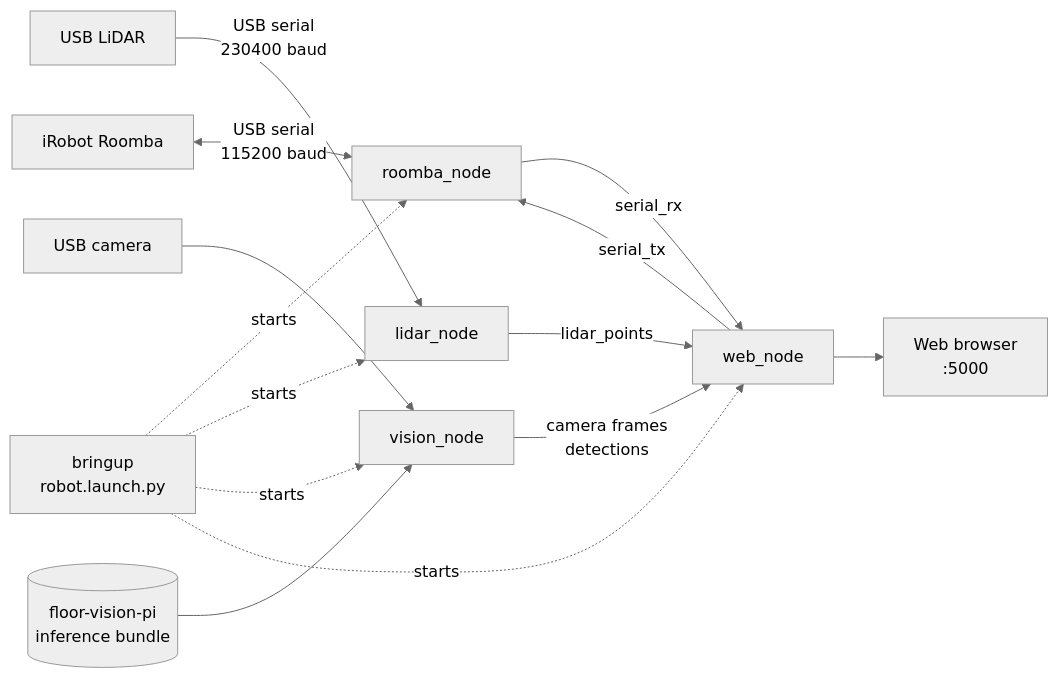
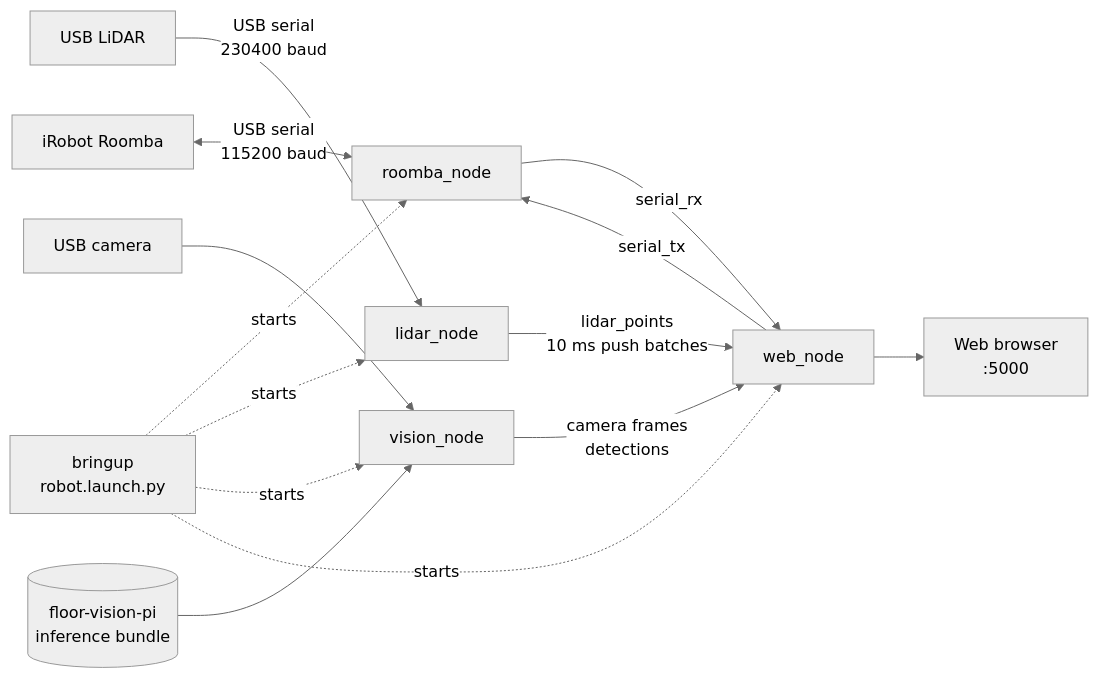
Before and after one commit to Ericdmch/NeuraVac: the diagram in README.md, drawn with Mermaid (neutral theme). The commit also changed other lines of this file and 4 other files, not shown here.

````diff
--- a/README.md
+++ b/README.md
@@ -23,17 +25,17 @@
 ```mermaid
 flowchart LR
     Roomba[ iRobot Roomba ] <-->|USB serial<br/>115200 baud| R[roomba_node]
     Lidar[USB LiDAR] -->|USB serial<br/>230400 baud| L[lidar_node]
     Camera[USB camera] --> V[vision_node]
     Bundle[(floor-vision-pi<br/>inference bundle)] --> V
 
     R -->|serial_rx| W[web_node]
     W -->|serial_tx| R
-    L -->|lidar_points| W
+    L -->|lidar_points<br/>10 ms push batches| W
     V -->|camera frames<br/>detections| W
     W --> Browser[Web browser<br/>:5000]
     B[bringup<br/>robot.launch.py] -. starts .-> R
     B -. starts .-> L
     B -. starts .-> V
     B -. starts .-> W
 ```
````
